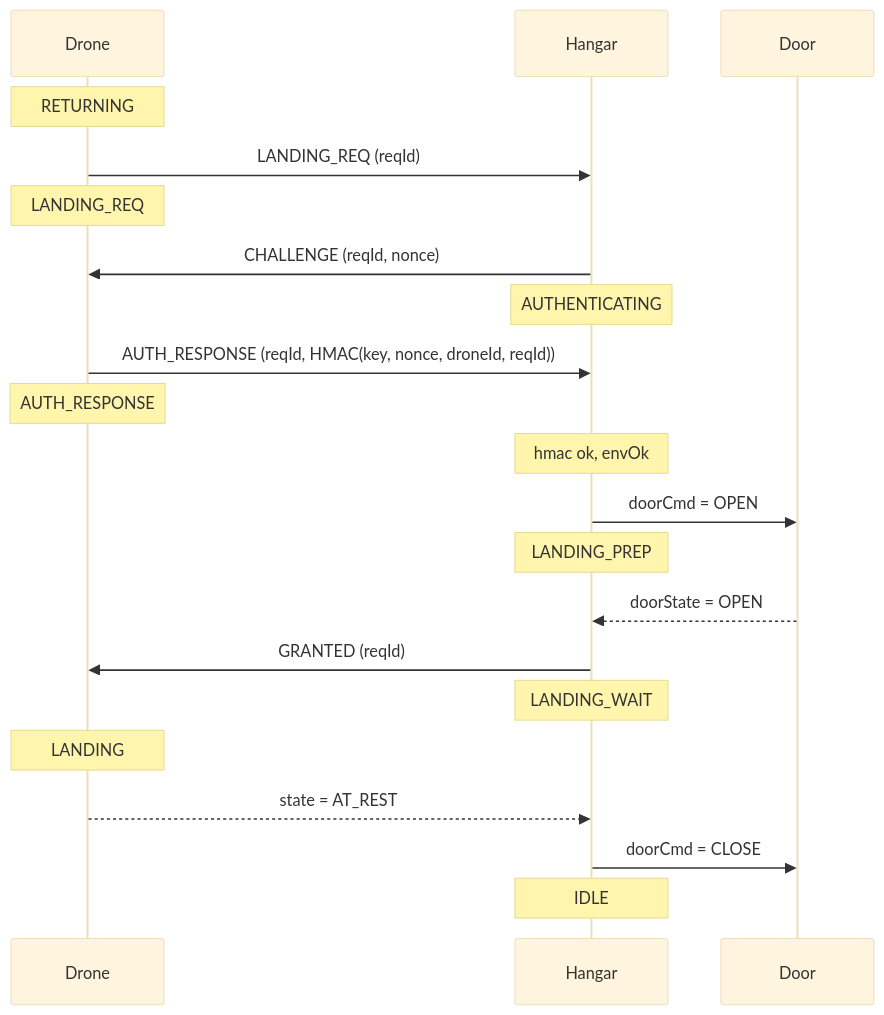
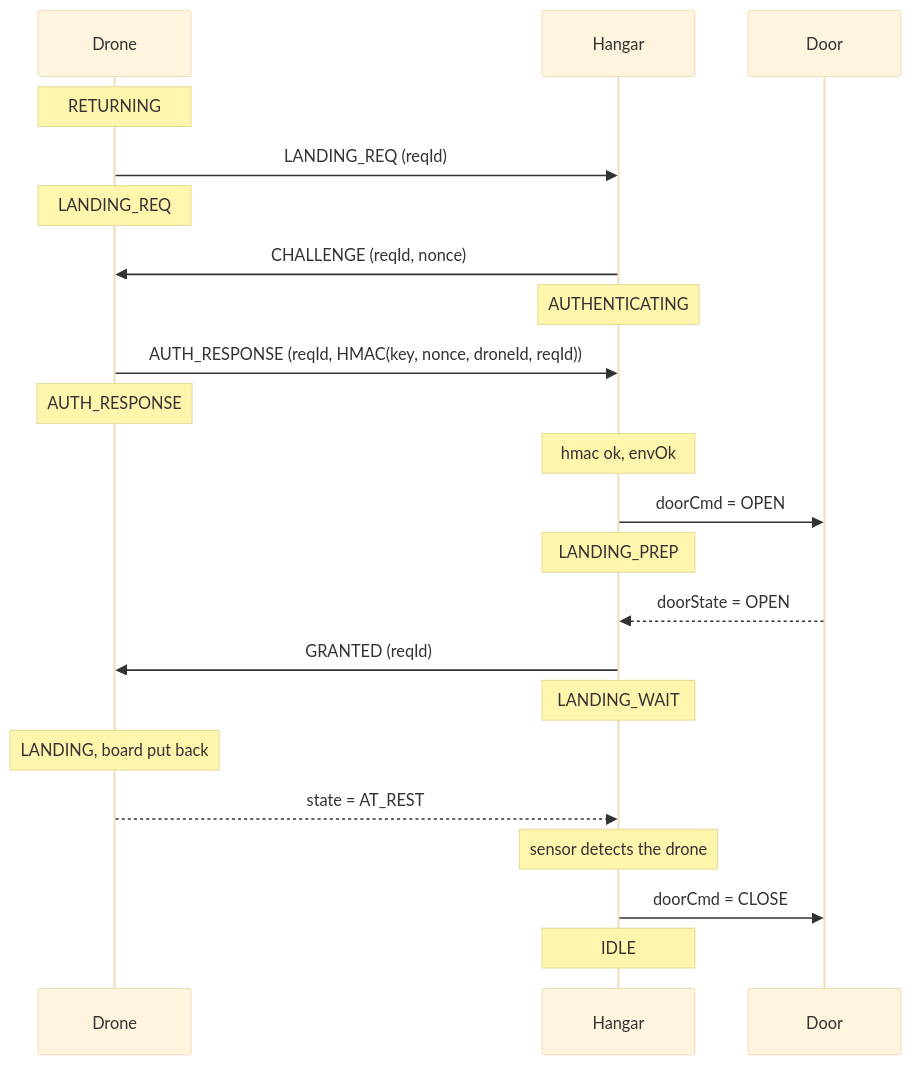
The eighth of 9 diagrams in docs/behaviour.md (eduardalexandrut/drone-in-a-box), drawn with Mermaid (base theme) before and after one commit. The commit also changed other lines of this file and 2 other files, not shown here.

````diff
--- a/docs/behaviour.md
+++ b/docs/behaviour.md
@@ -317,24 +404,25 @@
 ```mermaid
 sequenceDiagram
   participant D as Drone
   participant H as Hangar
   participant DR as Door
  
   Note over D: RETURNING
   D->>H: LANDING_REQ (reqId)
   Note over D: LANDING_REQ
   H->>D: CHALLENGE (reqId, nonce)
   Note over H: AUTHENTICATING
   D->>H: AUTH_RESPONSE (reqId, HMAC(key, nonce, droneId, reqId))
   Note over D: AUTH_RESPONSE
   Note over H: hmac ok, envOk
   H->>DR: doorCmd = OPEN
   Note over H: LANDING_PREP
   DR-->>H: doorState = OPEN
   H->>D: GRANTED (reqId)
   Note over H: LANDING_WAIT
-  Note over D: LANDING
+  Note over D: LANDING, board put back
   D-->>H: state = AT_REST
+  Note over H: sensor detects the drone
   H->>DR: doorCmd = CLOSE
   Note over H: IDLE
 ```
````
